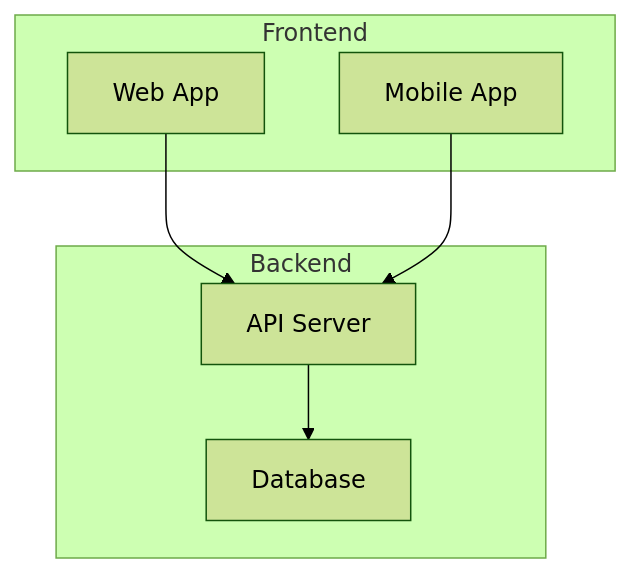
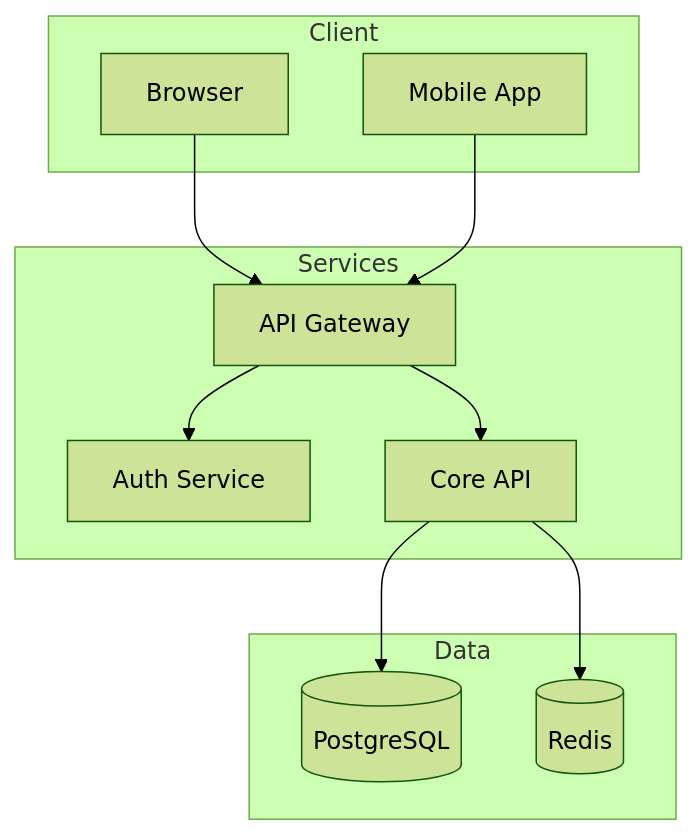
One commit to sorenwacker/quarto-presentation-template changed the second of 2 diagrams in content/index.qmd. Above: the diagram before and after it, drawn with Mermaid (forest theme). The commit also changed other lines of this file and 2 other files, not shown here.

````diff
--- a/content/index.qmd
+++ b/content/index.qmd
@@ -72,14 +74,22 @@
 ```{mermaid}
+%%| fig-width: 8
 flowchart TB
-    subgraph Frontend
-        A[Web App]
+    subgraph Client
+        A[Browser]
         B[Mobile App]
     end
-    subgraph Backend
-        C[API Server]
-        D[Database]
+    subgraph Services
+        C[API Gateway]
+        D[Auth Service]
+        E[Core API]
     end
-    A --> C
-    B --> C
+    subgraph Data
+        F[(PostgreSQL)]
+        G[(Redis)]
+    end
+    A & B --> C
     C --> D
+    C --> E
+    E --> F
+    E --> G
 ```
````
